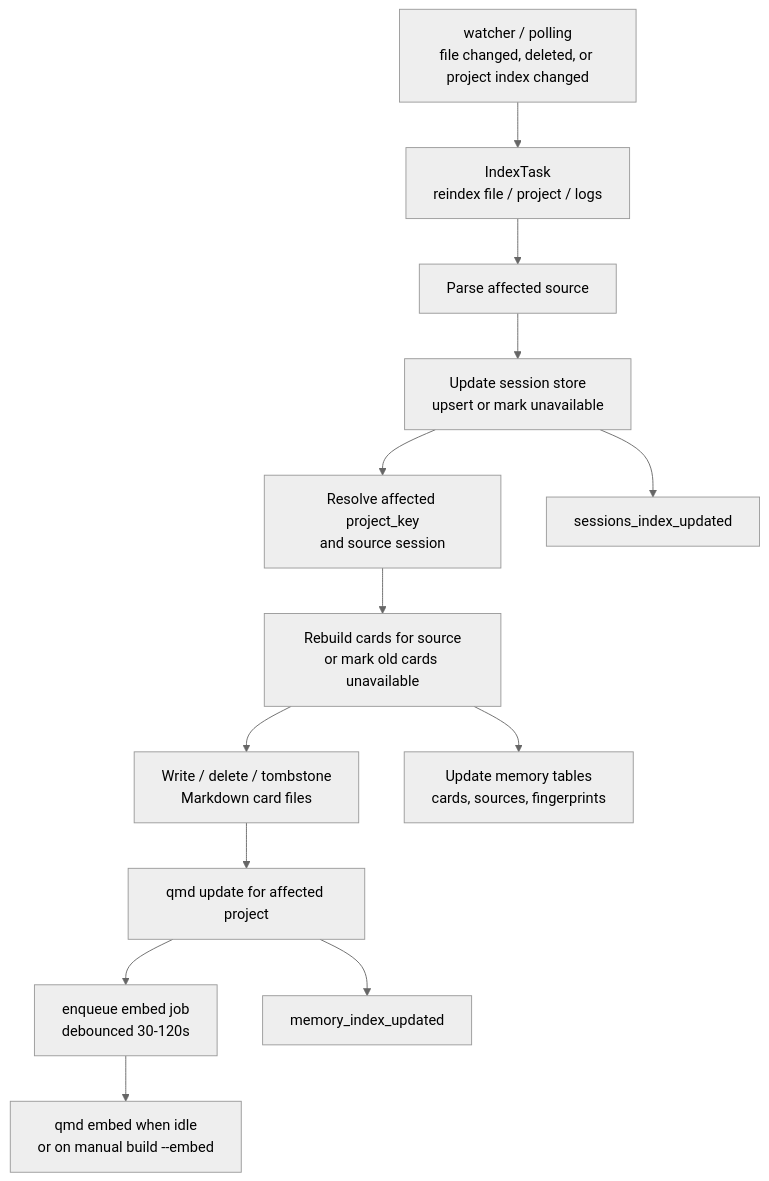
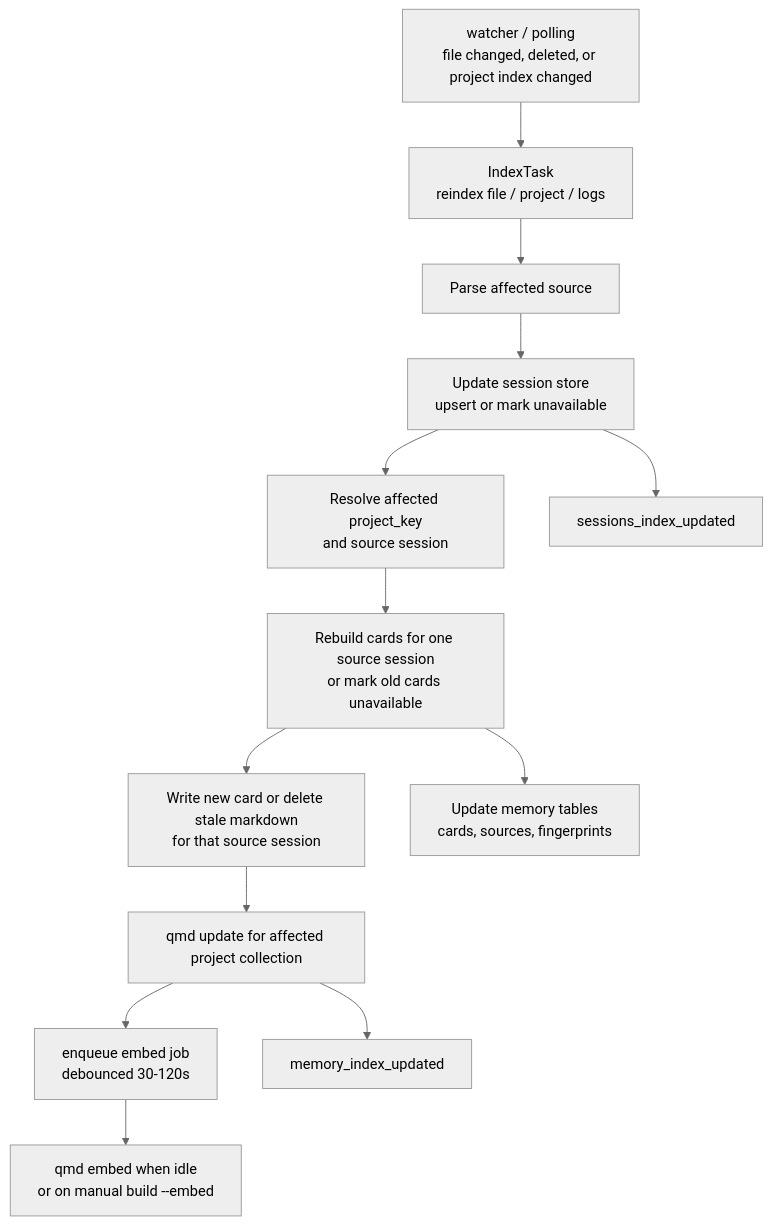
One commit to LarchLiu/sessio changed the second of 3 diagrams in docs/sessio-cli-qmd-memory-plan.md. Above: the diagram before and after it, drawn with Mermaid (neutral theme). The commit also changed other lines of this file and 34 other files, not shown here.

First line of the commit message:
feat: Add qmd-backed project memory indexing

````diff
--- a/docs/sessio-cli-qmd-memory-plan.md
+++ b/docs/sessio-cli-qmd-memory-plan.md
@@ -348,18 +348,18 @@
 ```mermaid
 flowchart TD
     Watch["watcher / polling<br/>file changed, deleted, or project index changed"] --> Task["IndexTask<br/>reindex file / project / logs"]
     Task --> Parse["Parse affected source"]
     Parse --> StoreUpdate["Update session store<br/>upsert or mark unavailable"]
     StoreUpdate --> Affected["Resolve affected project_key<br/>and source session"]
 
-    Affected --> RebuildCards["Rebuild cards for source<br/>or mark old cards unavailable"]
-    RebuildCards --> WriteCards["Write / delete / tombstone<br/>Markdown card files"]
+    Affected --> RebuildCards["Rebuild cards for one source session<br/>or mark old cards unavailable"]
+    RebuildCards --> WriteCards["Write new card or delete stale markdown<br/>for that source session"]
     RebuildCards --> UpdateMemoryTables["Update memory tables<br/>cards, sources, fingerprints"]
 
-    WriteCards --> QmdUpdate["qmd update for affected project"]
+    WriteCards --> QmdUpdate["qmd update for affected project collection"]
     QmdUpdate --> EmbedQueue["enqueue embed job<br/>debounced 30-120s"]
     EmbedQueue --> QmdEmbed["qmd embed when idle<br/>or on manual build --embed"]
 
     StoreUpdate --> UiEvent["sessions_index_updated"]
     QmdUpdate --> MemoryEvent["memory_index_updated"]
 ```
````
